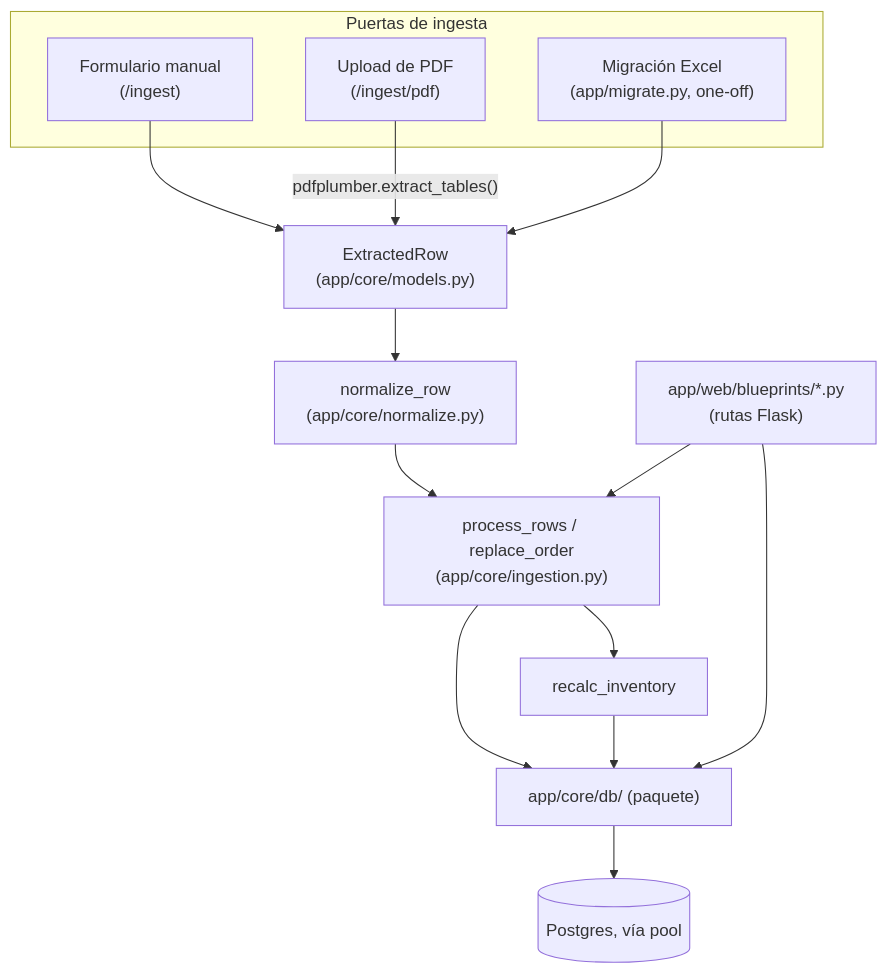
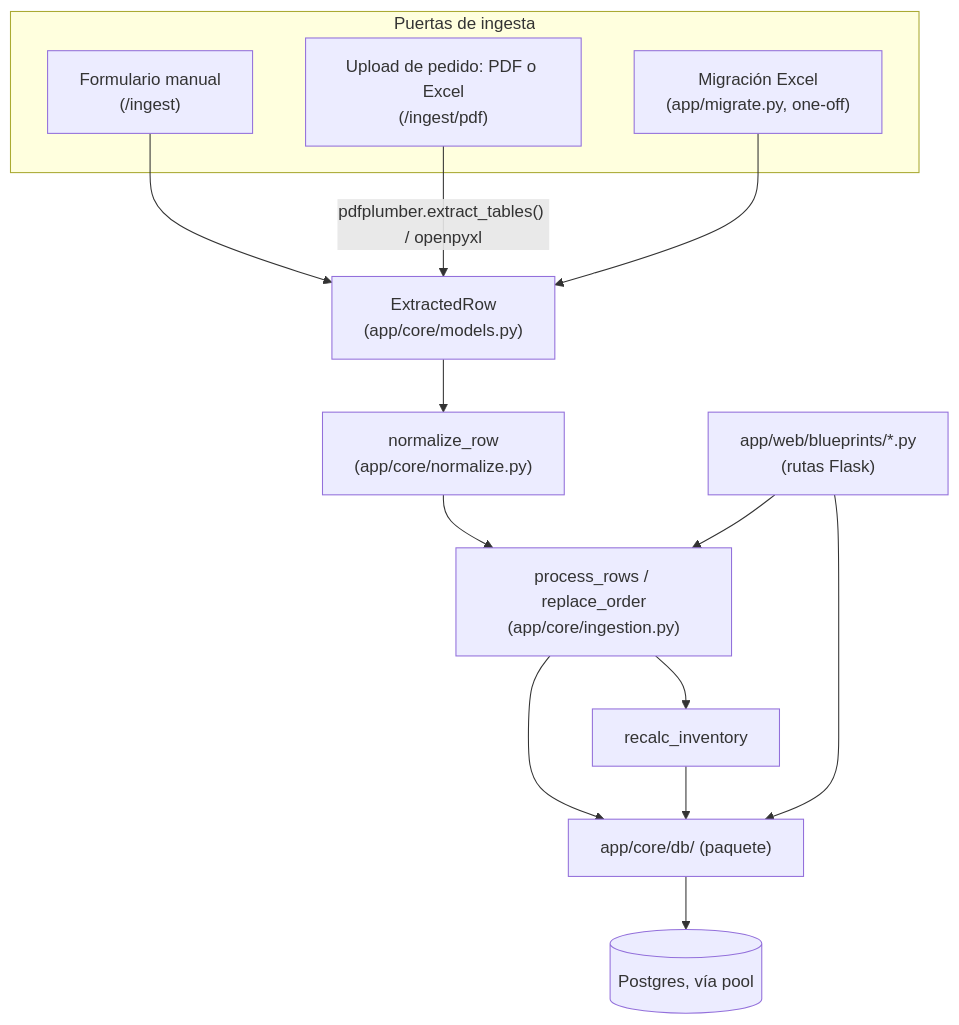
Before and after one commit to nickkmm/plates: the first of 2 diagrams in docs/ARCHITECTURE.md, drawn with Mermaid. The commit also changed 15 other files, not shown here.

First line of the commit message:
Accept the pedido as an Excel (.xlsx) upload next to the PDF

````diff
--- a/docs/ARCHITECTURE.md
+++ b/docs/ARCHITECTURE.md
@@ -11,20 +11,20 @@
 ```mermaid
 flowchart TD
     subgraph Puertas["Puertas de ingesta"]
         M["Formulario manual<br/>(/ingest)"]
-        PDF["Upload de PDF<br/>(/ingest/pdf)"]
+        PDF["Upload de pedido: PDF o Excel<br/>(/ingest/pdf)"]
         MIG["Migración Excel<br/>(app/migrate.py, one-off)"]
     end
     M --> ER["ExtractedRow<br/>(app/core/models.py)"]
-    PDF -->|"pdfplumber.extract_tables()"| ER
+    PDF -->|"pdfplumber.extract_tables() / openpyxl"| ER
     MIG --> ER
     ER --> NORM["normalize_row<br/>(app/core/normalize.py)"]
     NORM --> PROC["process_rows / replace_order<br/>(app/core/ingestion.py)"]
     PROC --> DBL["app/core/db/ (paquete)"]
     DBL --> PG[(Postgres, vía pool)]
     PROC --> INV[recalc_inventory]
     INV --> DBL
 
     WEB["app/web/blueprints/*.py<br/>(rutas Flask)"] --> PROC
     WEB --> DBL
 ```
````
